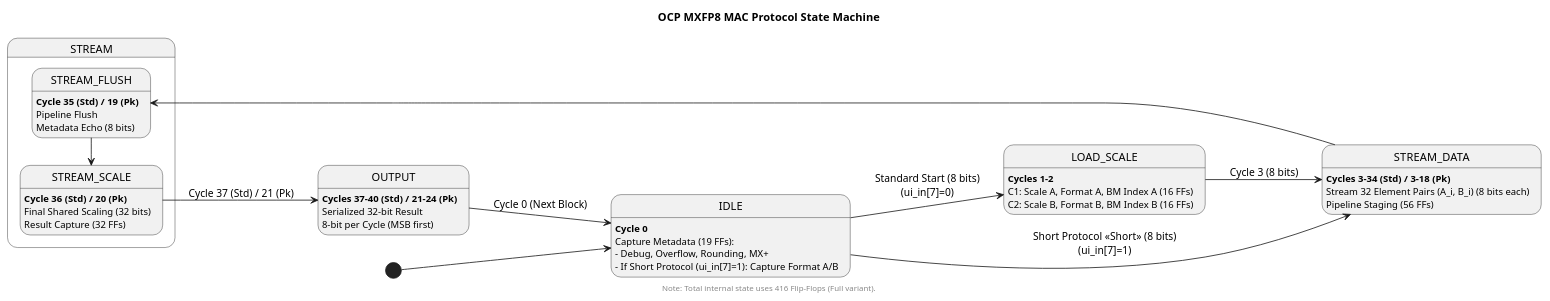
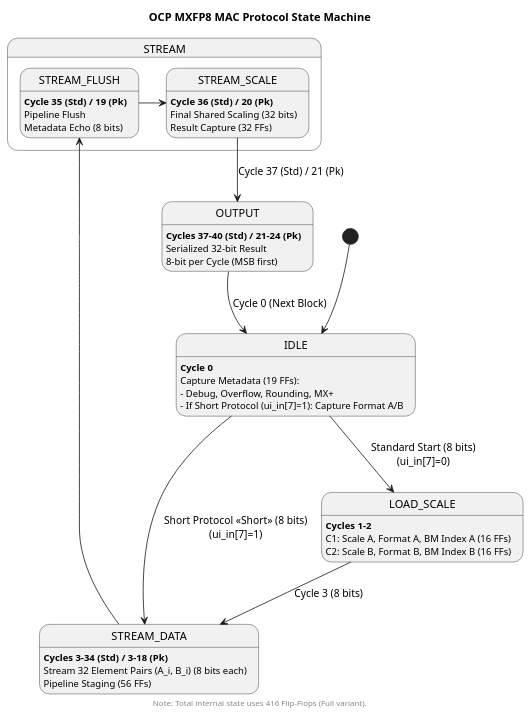
Before and after one commit to chatelao/ttihp-fp8-mul: the diagram in docs/diagrams/PROTOCOL_STATES.PUML, drawn with PlantUML. The commit also changed 1 other file, not shown here.

```diff
--- a/docs/diagrams/PROTOCOL_STATES.PUML
+++ b/docs/diagrams/PROTOCOL_STATES.PUML
@@ -1,65 +1,63 @@
 @startuml PROTOCOL_STATES
 title OCP MXFP8 MAC Protocol State Machine
-
-left to right direction
 
 skinparam state {
   BackgroundColor<<Short>> #E1F5FE
   BorderColor<<Short>> #01579B
 }
 
 [*] --> IDLE
 
 state IDLE {
     IDLE : **Cycle 0**
     IDLE : Capture Metadata (19 FFs):
     IDLE : - Debug, Overflow, Rounding, MX+
     IDLE : - If Short Protocol (ui_in[7]=1): Capture Format A/B
 }
 
 IDLE --> LOAD_SCALE : Standard Start (8 bits)\n(ui_in[7]=0)
 IDLE --> STREAM_DATA : Short Protocol <<Short>> (8 bits)\n(ui_in[7]=1)
 
 state LOAD_SCALE {
     LOAD_SCALE : **Cycles 1-2**
     LOAD_SCALE : C1: Scale A, Format A, BM Index A (16 FFs)
     LOAD_SCALE : C2: Scale B, Format B, BM Index B (16 FFs)
 }
 
 LOAD_SCALE --> STREAM_DATA : Cycle 3 (8 bits)
 
 state STREAM {
     state STREAM_DATA {
         STREAM_DATA : **Cycles 3-34 (Std) / 3-18 (Pk)**
         STREAM_DATA : Stream 32 Element Pairs (A_i, B_i) (8 bits each)
         STREAM_DATA : Pipeline Staging (56 FFs)
     }
 
     state STREAM_FLUSH {
         STREAM_FLUSH : **Cycle 35 (Std) / 19 (Pk)**
         STREAM_FLUSH : Pipeline Flush
         STREAM_FLUSH : Metadata Echo (8 bits)
     }
 
     state STREAM_SCALE {
         STREAM_SCALE : **Cycle 36 (Std) / 20 (Pk)**
         STREAM_SCALE : Final Shared Scaling (32 bits)
         STREAM_SCALE : Result Capture (32 FFs)
     }
 
     STREAM_DATA -> STREAM_FLUSH
     STREAM_FLUSH -> STREAM_SCALE
 }
 
 STREAM_SCALE --> OUTPUT : Cycle 37 (Std) / 21 (Pk)
 
 state OUTPUT {
     OUTPUT : **Cycles 37-40 (Std) / 21-24 (Pk)**
     OUTPUT : Serialized 32-bit Result
     OUTPUT : 8-bit per Cycle (MSB first)
 }
 
 OUTPUT --> IDLE : Cycle 0 (Next Block)
 
 footer Note: Total internal state uses 416 Flip-Flops (Full variant).
 @enduml
```
